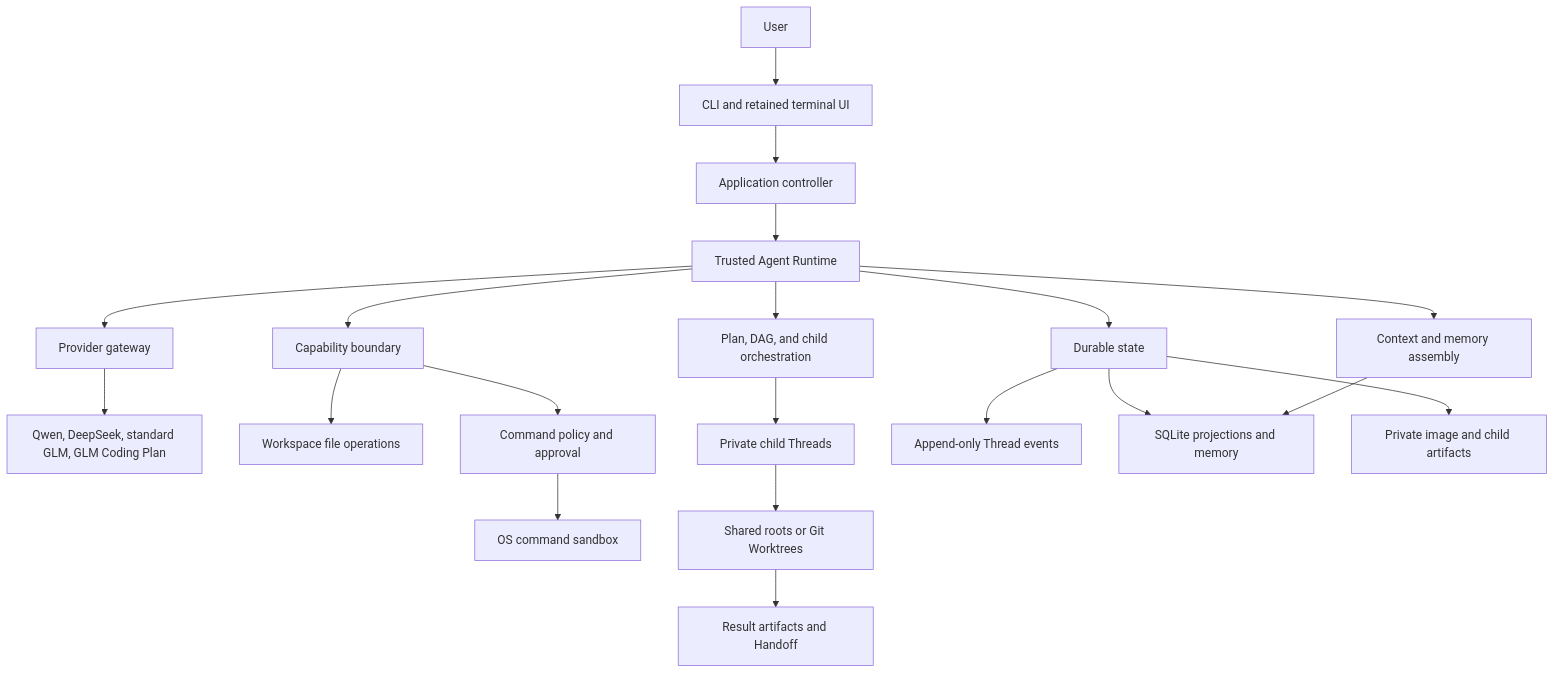
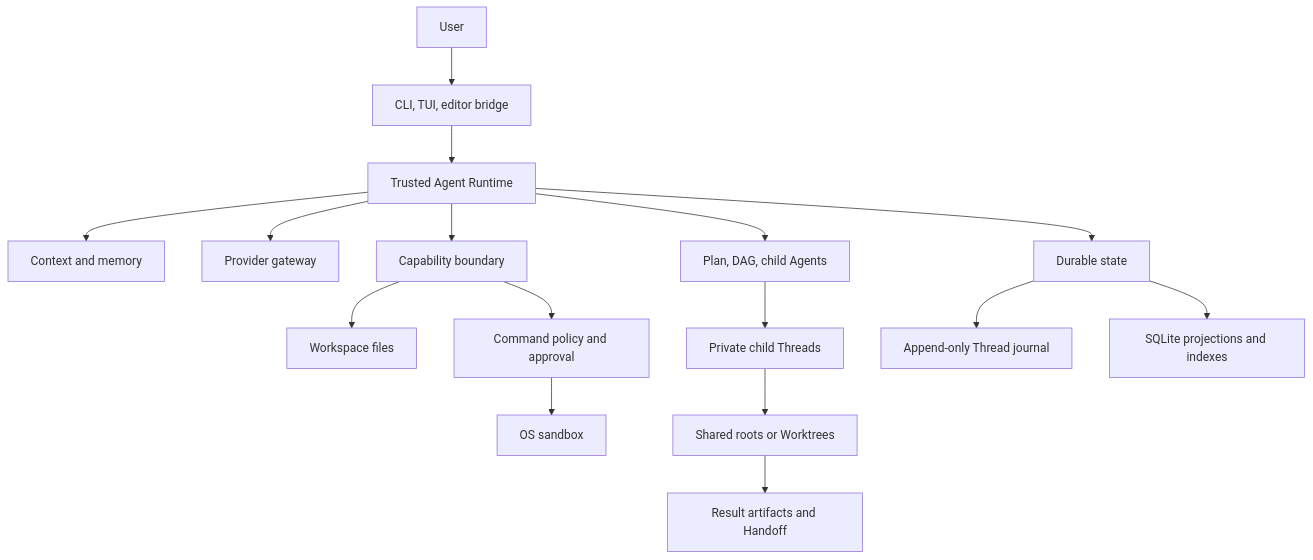
One commit to dd1000001000/EASY_CODE changed the diagram in docs/TECHNICAL_DESIGN.md. Above: the diagram before and after it, drawn with Mermaid. The commit also changed other lines of this file and 45 other files, not shown here.

````diff
--- a/docs/TECHNICAL_DESIGN.md
+++ b/docs/TECHNICAL_DESIGN.md
@@ -49,25 +26,18 @@
 ```mermaid
 flowchart TB
-    User[User] --> UI[CLI and retained terminal UI]
-    UI --> App[Application controller]
-    App --> Runtime[Trusted Agent Runtime]
-
-    Runtime --> Context[Context and memory assembly]
+    User[User] --> UI[CLI, TUI, editor bridge]
+    UI --> Runtime[Trusted Agent Runtime]
+    Runtime --> Context[Context and memory]
     Runtime --> Provider[Provider gateway]
     Runtime --> Tools[Capability boundary]
-    Runtime --> Orchestration[Plan, DAG, and child orchestration]
+    Runtime --> Orchestration[Plan, DAG, child Agents]
     Runtime --> State[Durable state]
-
-    Provider --> APIs[Qwen, DeepSeek, standard GLM, GLM Coding Plan]
-    Tools --> Files[Workspace file operations]
+    Tools --> Files[Workspace files]
     Tools --> Commands[Command policy and approval]
-    Commands --> Sandbox[OS command sandbox]
+    Commands --> Sandbox[OS sandbox]
     Orchestration --> Children[Private child Threads]
-    Children --> Environments[Shared roots or Git Worktrees]
+    Children --> Environments[Shared roots or Worktrees]
     Environments --> Artifacts[Result artifacts and Handoff]
-
-    State --> Journal[Append-only Thread events]
-    State --> Database[SQLite projections and memory]
-    State --> Binary[Private image and child artifacts]
-    Context --> Database
+    State --> Journal[Append-only Thread journal]
+    State --> SQLite[SQLite projections and indexes]
 ```
````
